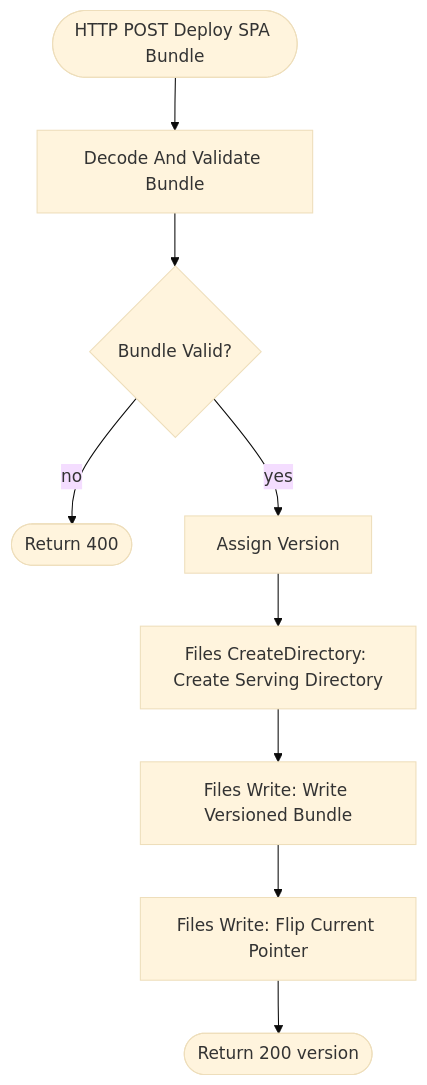
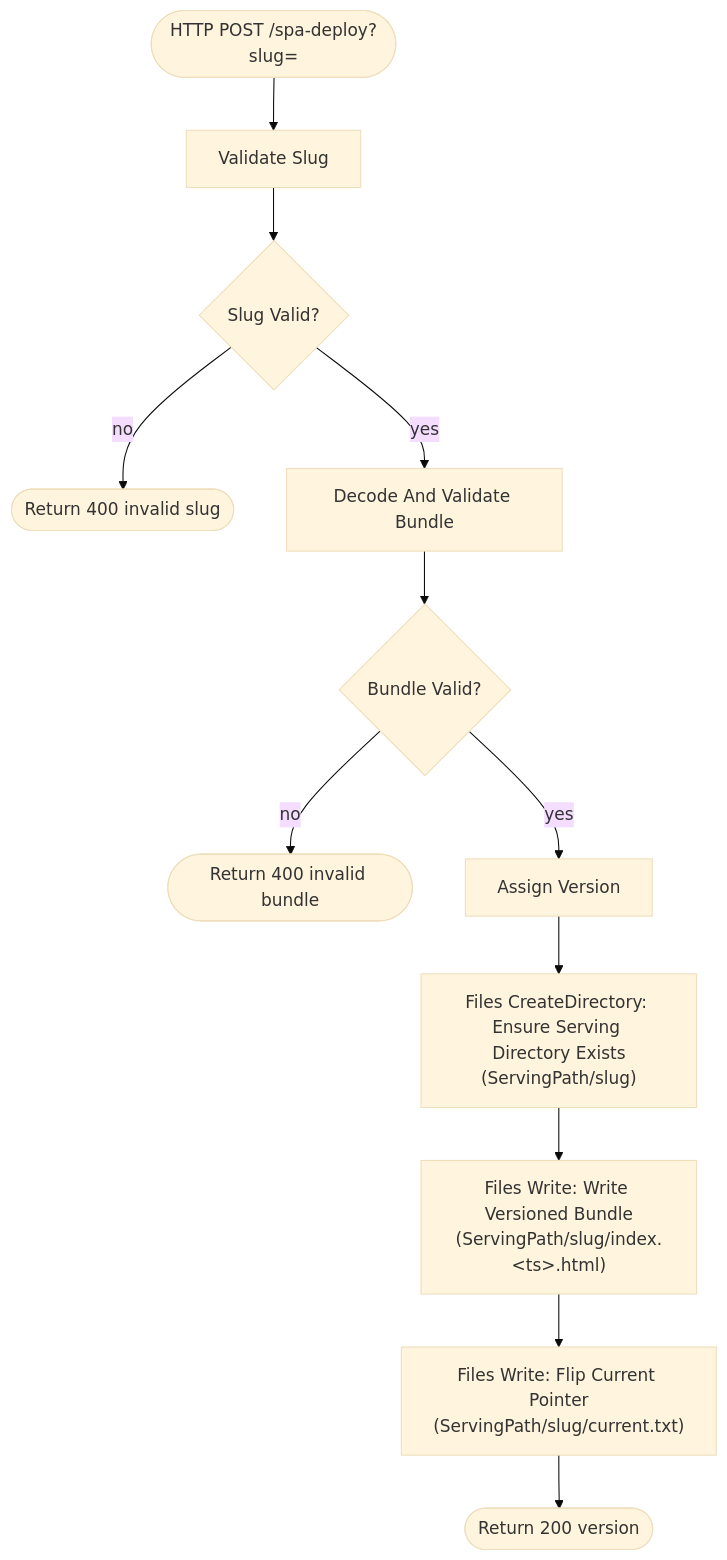
The diagram in frends/deploy-spa-bundle/deploy-spa-bundle.spec.md (qconn-io/frends-spa), drawn with Mermaid (base theme) before and after one commit. The commit also changed other lines of this file and 7 other files, not shown here.

````diff
--- a/frends/deploy-spa-bundle/deploy-spa-bundle.spec.md
+++ b/frends/deploy-spa-bundle/deploy-spa-bundle.spec.md
@@ -82,11 +92,14 @@
 ```mermaid
 flowchart TD
-  T([HTTP POST Deploy SPA Bundle]) --> D[Decode And Validate Bundle]
+  T([HTTP POST /spa-deploy?slug=]) --> S[Validate Slug]
+  S --> SV{Slug Valid?}
+  SV -- no --> RS400([Return 400 invalid slug])
+  SV -- yes --> D[Decode And Validate Bundle]
   D --> V{Bundle Valid?}
-  V -- no --> R400([Return 400])
+  V -- no --> R400([Return 400 invalid bundle])
   V -- yes --> VN[Assign Version]
-  VN --> CD[Files CreateDirectory: Create Serving Directory]
-  CD --> W1[Files Write: Write Versioned Bundle]
-  W1 --> W2[Files Write: Flip Current Pointer]
+  VN --> CD["Files CreateDirectory: Ensure Serving Directory Exists<br/>(ServingPath/slug)"]
+  CD --> W1["Files Write: Write Versioned Bundle<br/>(ServingPath/slug/index.&lt;ts&gt;.html)"]
+  W1 --> W2["Files Write: Flip Current Pointer<br/>(ServingPath/slug/current.txt)"]
   W2 --> OK([Return 200 version])
 ```
````
